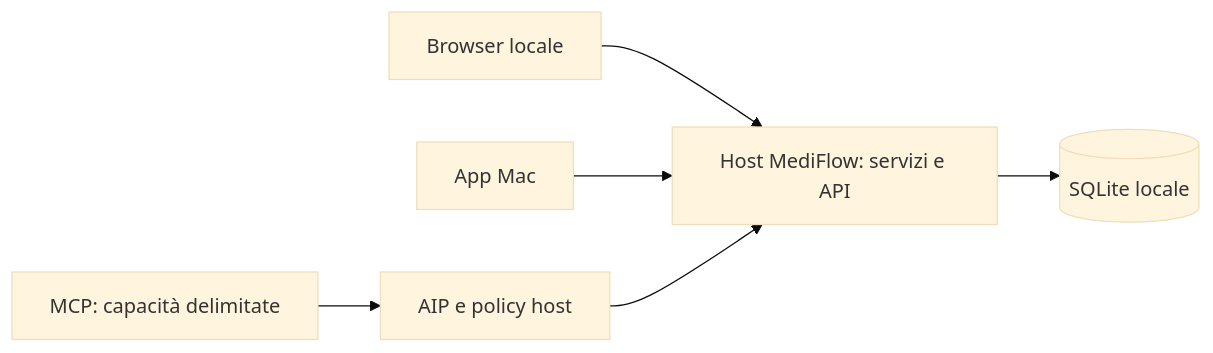
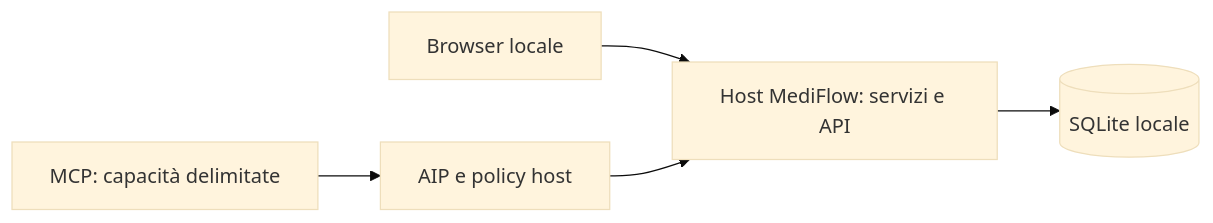
The diagram in README.md (Wulfgardr/mediflow), drawn with Mermaid (base theme) before and after one commit. The commit also changed other lines of this file and 4 other files, not shown here.

````diff
--- a/README.md
+++ b/README.md
@@ -166,8 +168,7 @@
 ```mermaid
 flowchart LR
     web[Browser locale] --> host[Host MediFlow: servizi e API]
-    mac[App Mac] --> host
     host --> db[(SQLite locale)]
     mcp[MCP: capacità delimitate] --> broker[AIP e policy host]
     broker --> host
 ```
````
